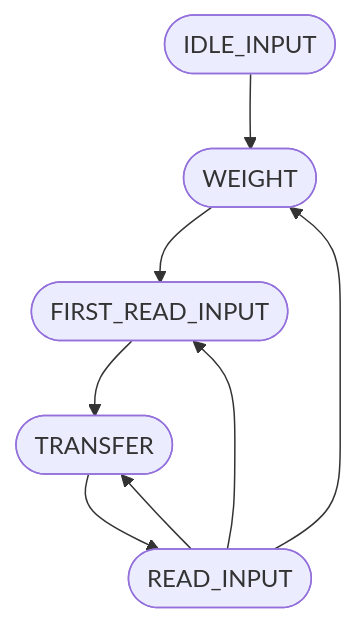
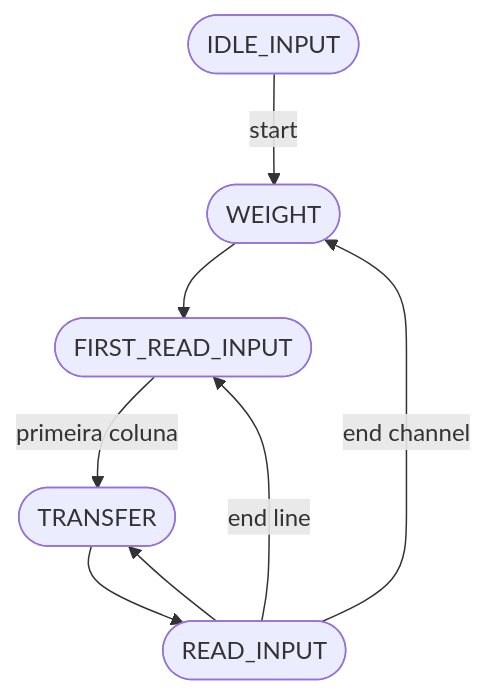
The first of 2 diagrams in rtl/control-sum/README.md (tarsioonofrio/FastConv_SystemVerilog), drawn with Mermaid before and after one commit. The commit also changed 4 other files, not shown here.

Commit message:
Label transitions in input FSM diagram

````diff
--- a/rtl/control-sum/README.md
+++ b/rtl/control-sum/README.md
@@ -49,7 +49,7 @@
 ```mermaid
 flowchart TB
-    I(["IDLE_INPUT"]) --> W(["WEIGHT"]) --> FR(["FIRST_READ_INPUT"]) --> T(["TRANSFER"]) --> R(["READ_INPUT"])
+    I(["IDLE_INPUT"]) --> |"start"| W(["WEIGHT"]) --> FR(["FIRST_READ_INPUT"]) --> |"primeira coluna"| T(["TRANSFER"]) --> R(["READ_INPUT"])
     R --> T
-    R --> FR
-    R --> W
+    R --> |"end line"| FR
+    R --> |"end channel"| W
 ```
````
